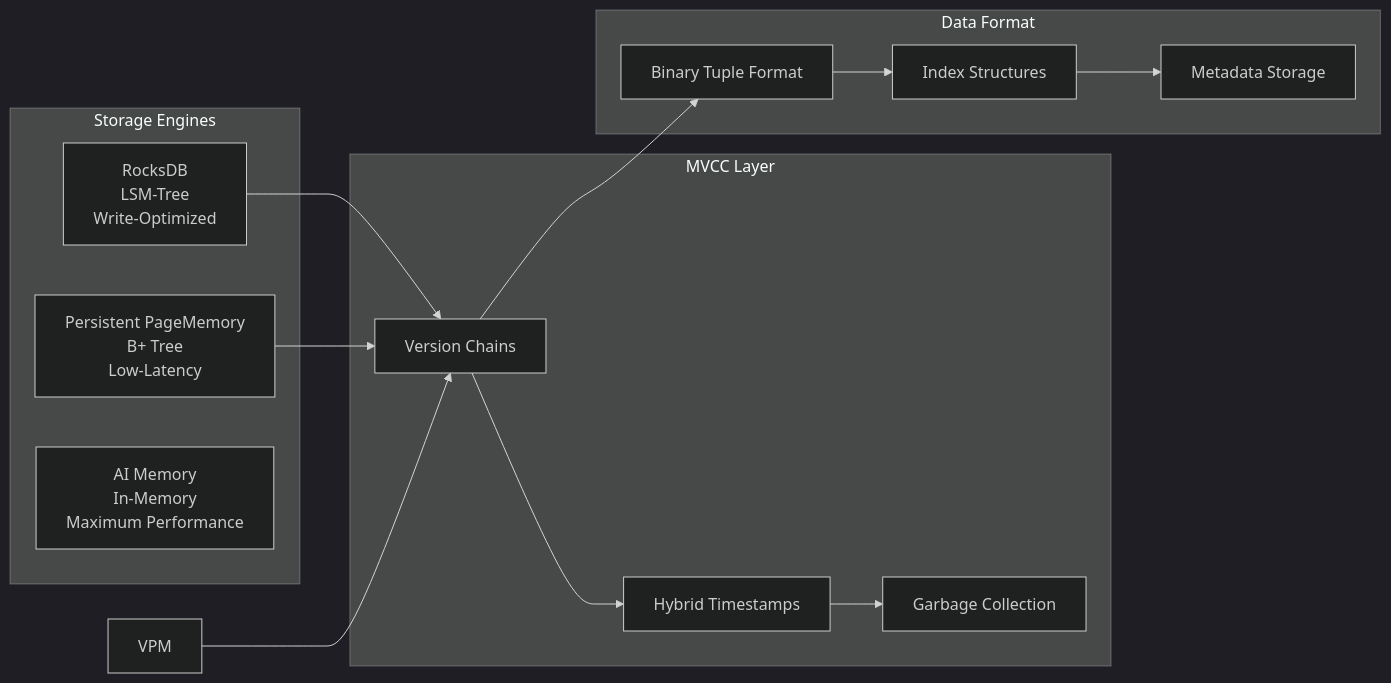
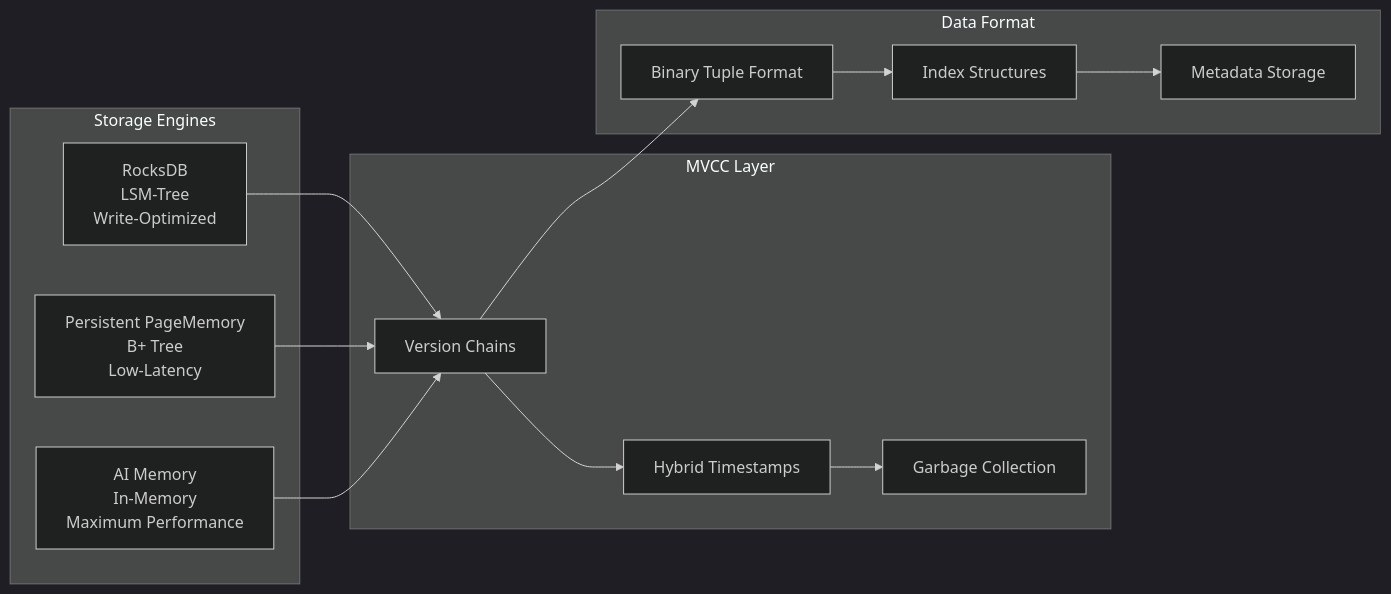
The second of 3 diagrams in docs/00-reference/TECHNICAL_FEATURES.md (maglietti/ignite3-java-api-primer), drawn with Mermaid (dark theme) before and after one commit. The commit also changed other lines of this file and 2 other files, not shown here.

````diff
--- a/docs/00-reference/TECHNICAL_FEATURES.md
+++ b/docs/00-reference/TECHNICAL_FEATURES.md
@@ -101,31 +103,31 @@
 ```mermaid
 graph LR
     subgraph "Storage Engines"
         RDB[RocksDB<br/>LSM-Tree<br/>Write-Optimized]
         PPM[Persistent PageMemory<br/>B+ Tree<br/>Low-Latency]
         AME[AI Memory<br/>In-Memory<br/>Maximum Performance]
     end
     
     subgraph "MVCC Layer"
         VC[Version Chains]
         TS[Hybrid Timestamps]
         GC[Garbage Collection]
     end
     
     subgraph "Data Format"
         BT[Binary Tuple Format]
         IDX[Index Structures]
         META[Metadata Storage]
     end
     
     RDB --> VC
     PPM --> VC
-    VPM --> VC
+    AME --> VC
     
     VC --> TS
     TS --> GC
     
     VC --> BT
     BT --> IDX
     IDX --> META
 ```
````
